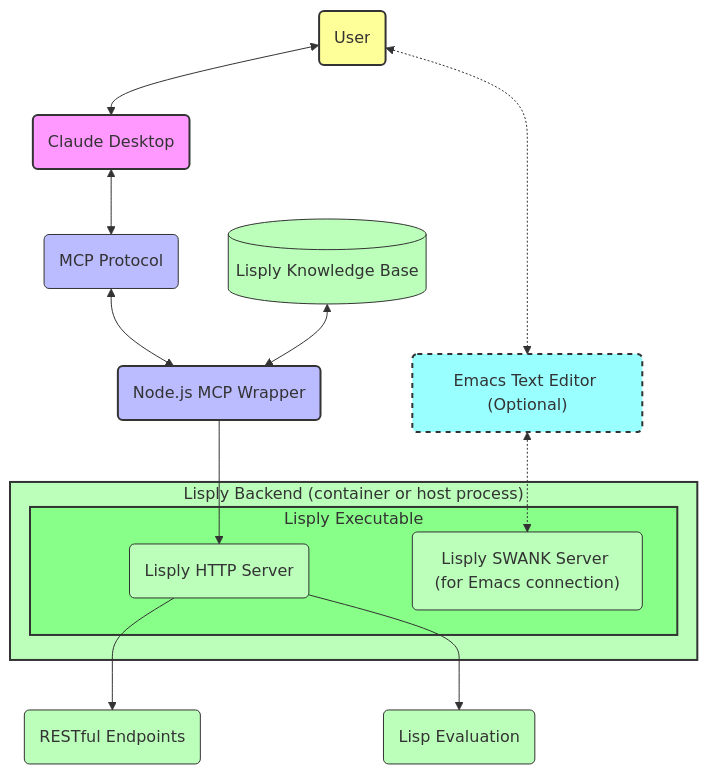
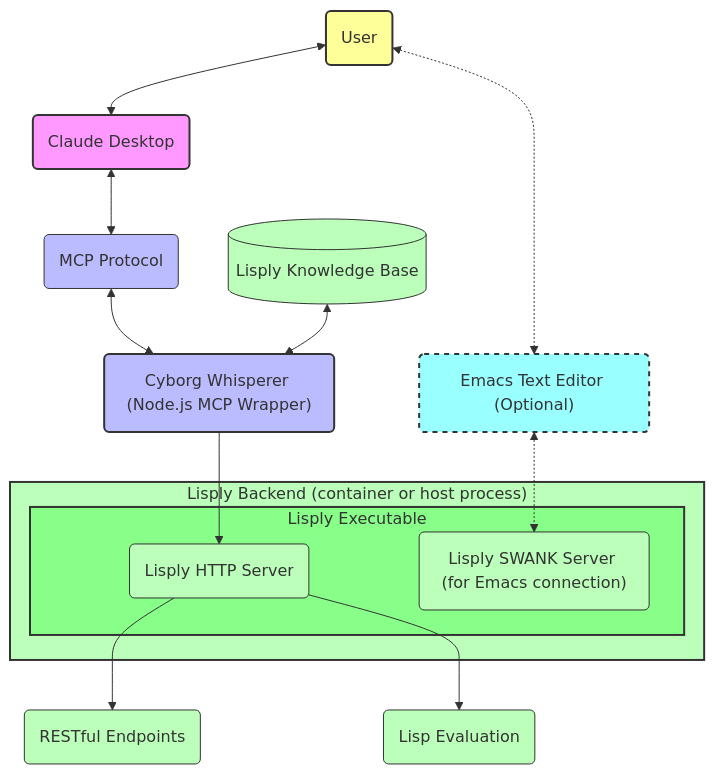
The diagram in README.md (gornskew/lisply-mcp), drawn with Mermaid before and after one commit. The commit also changed other lines of this file and 7 other files, not shown here.

First line of the commit message:
the cyborg whisperer takes his name: full-lore README and coordinate flips

````diff
--- a/README.md
+++ b/README.md
@@ -271,37 +280,37 @@
 ```mermaid
 flowchart TB
     User("User") <--> Claude("Claude Desktop")
     User <-.-> Emacs("Emacs Text Editor (Optional)")
 
     Claude <--> MCP("MCP Protocol")
-    MCP <--> Wrapper("Node.js MCP Wrapper")
+    MCP <--> Wrapper("Cyborg Whisperer (Node.js MCP Wrapper)")
 
     Wrapper --> LisplyHttp("Lisply HTTP Server")
     
     subgraph Backend ["Lisply Backend (container or host process)"]
     subgraph LisplyExec["Lisply Executable"]
     LisplyHttp
     LisplySwank("Lisply SWANK Server (for Emacs connection)")
     end
     end
     
     Emacs <-.-> LisplySwank
     
     KB[("Lisply Knowledge Base")] <--> Wrapper
     
     LisplyHttp --> Endpoints("RESTful Endpoints")
     LisplyHttp --> LispEval("Lisp Evaluation")
     
     style User fill:#ff9,stroke:#333,stroke-width:2px
     style Claude fill:#f9f,stroke:#333,stroke-width:2px
     style Emacs fill:#9ff,stroke:#333,stroke-width:2px,stroke-dasharray:5
     style Wrapper fill:#bbf,stroke:#333,stroke-width:2px
     style MCP fill:#bbf,stroke:#333,stroke-width:1px
     style Backend fill:#bfb,stroke:#333,stroke-width:2px
     style LisplyExec fill:#8f8,stroke:#333,stroke-width:2px
     style LisplyHttp fill:#bfb,stroke:#333,stroke-width:1px
     style LisplySwank fill:#bfb,stroke:#333,stroke-width:1px
     style KB fill:#bfb,stroke:#333,stroke-width:1px
     style Endpoints fill:#bfb,stroke:#333,stroke-width:1px
     style LispEval fill:#bfb,stroke:#333,stroke-width:1px
 ```
````
